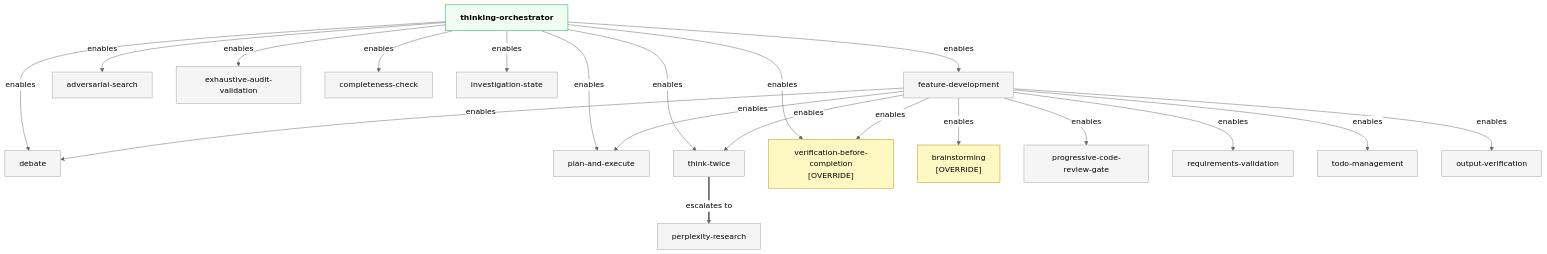
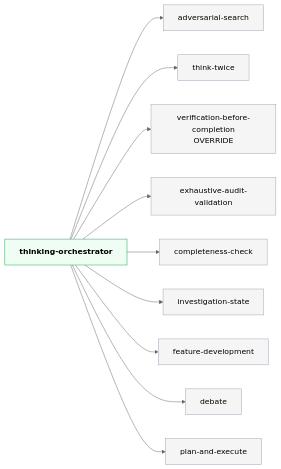
The first of 7 diagrams in docs/SKILL_TAXONOMY.md (bordenet/superpowers-plus), drawn with Mermaid (neutral theme) before and after one commit. The commit also changed other lines of this file and 15 other files, not shown here.

````diff
--- a/docs/SKILL_TAXONOMY.md
+++ b/docs/SKILL_TAXONOMY.md
@@ -56,45 +74,26 @@
 ```mermaid
-flowchart TD
+flowchart LR
     classDef orch fill:#f0fdf4,stroke:#16a34a,font-weight:bold
-    classDef ovrd fill:#fef9c3,stroke:#ca8a04
     classDef new fill:#f5f5f5,stroke:#9ca3af
 
     TO[thinking-orchestrator]:::orch
+    AS[adversarial-search]:::new
+    TWT[think-twice]:::new
+    VBC["verification-before-completion<br/>OVERRIDE"]:::new
+    EAV[exhaustive-audit-validation]:::new
+    CS[completeness-check]:::new
+    IS[investigation-state]:::new
     FD[feature-development]:::new
     DB[debate]:::new
     PAE[plan-and-execute]:::new
-    TWT[think-twice]:::new
-    AS[adversarial-search]:::new
-    VBC["verification-before-completion<br/>[OVERRIDE]"]:::ovrd
-    EAV[exhaustive-audit-validation]:::new
-    CS[completeness-check]:::new
-    IS[investigation-state]:::new
-    PR[perplexity-research]:::new
-    BST["brainstorming<br/>[OVERRIDE]"]:::ovrd
-    PCRG[progressive-code-review-gate]:::new
-    RV[requirements-validation]:::new
-    TM[todo-management]:::new
-    OV[output-verification]:::new
 
-    TO -->|enables| FD
-    TO -->|enables| DB
-    TO -->|enables| PAE
-    TO -->|enables| TWT
-    TO -->|enables| AS
-    TO -->|enables| VBC
-    TO -->|enables| EAV
-    TO -->|enables| CS
-    TO -->|enables| IS
-
-    FD -->|enables| BST
-    FD -->|enables| TWT
-    FD -->|enables| DB
-    FD -->|enables| PCRG
-    FD -->|enables| PAE
-    FD -->|enables| RV
-    FD -->|enables| TM
-    FD -->|enables| OV
-    FD -->|enables| VBC
-
-    TWT ==>|escalates to| PR
+    TO --> AS
+    TO --> TWT
+    TO --> VBC
+    TO --> EAV
+    TO --> CS
+    TO --> IS
+    TO --> FD
+    TO --> DB
+    TO --> PAE
 ```
````
